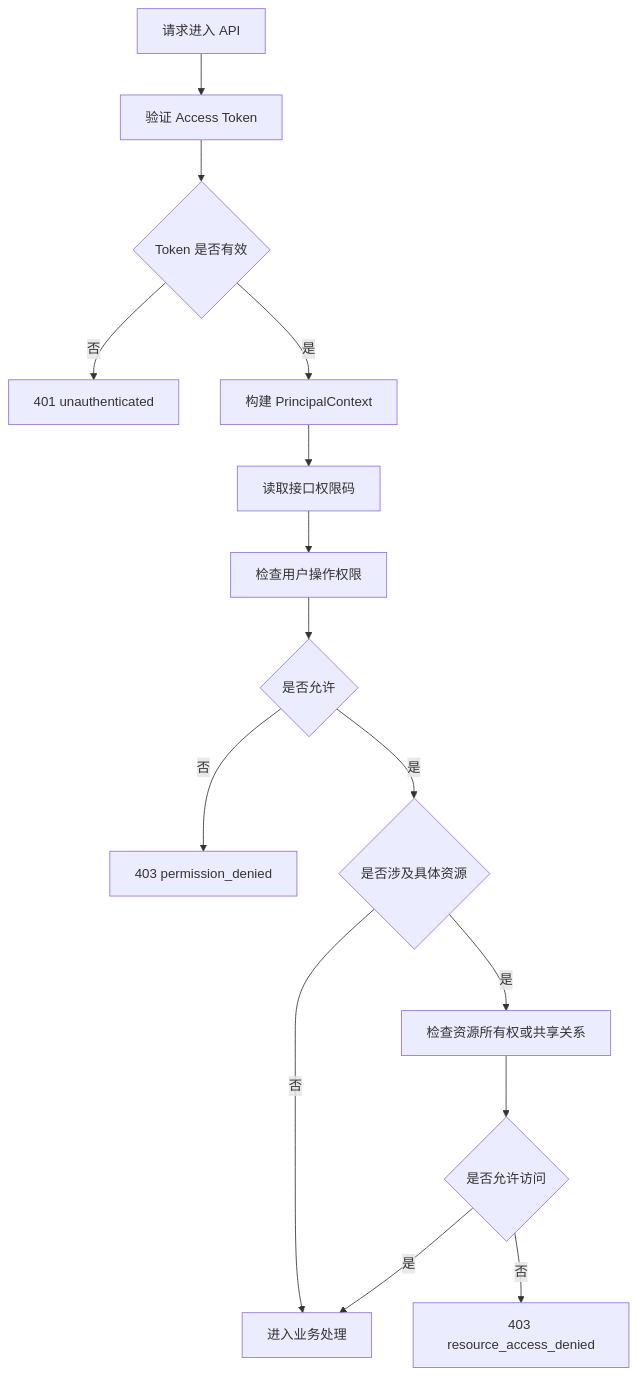
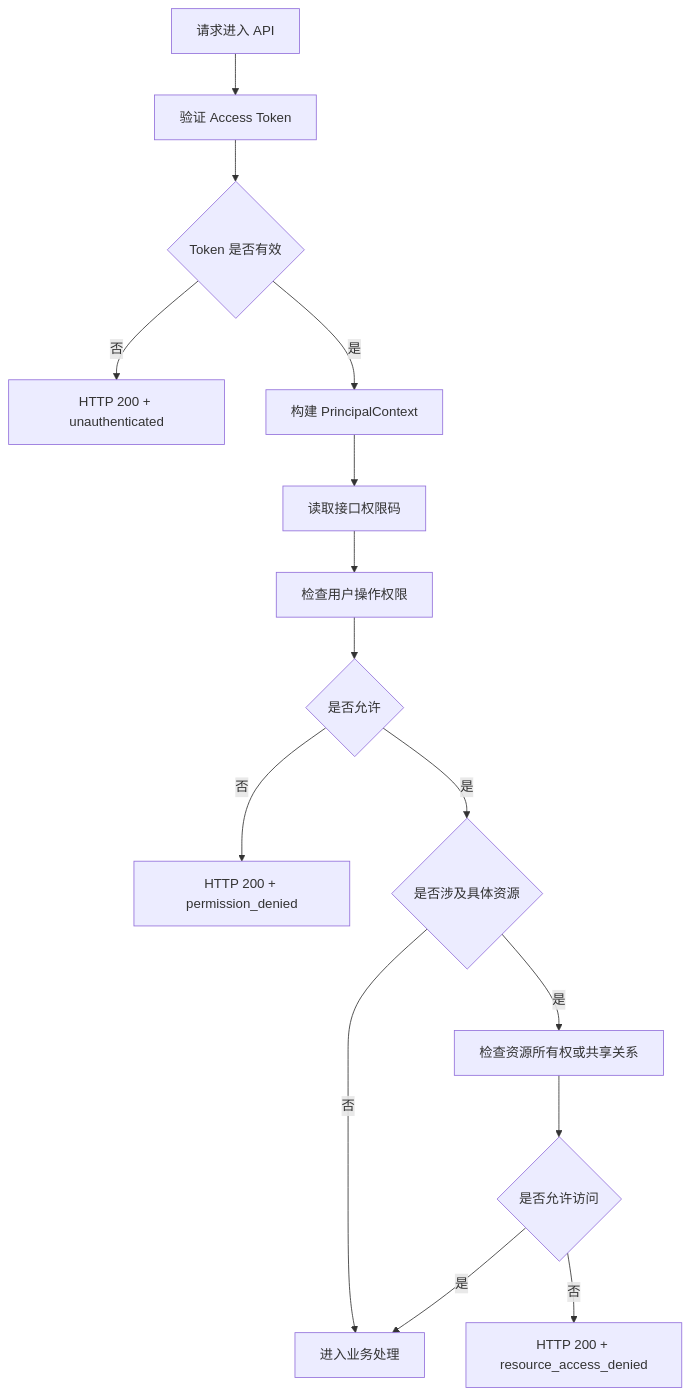
Before and after one commit to wangweihong/omnimam-spec: the eighth of 10 diagrams in 00_product/domains/identity/product-spec.md, drawn with Mermaid. The commit also changed other lines of this file and 12 other files, not shown here.

````diff
--- a/00_product/domains/identity/product-spec.md
+++ b/00_product/domains/identity/product-spec.md
@@ -1084,22 +1170,22 @@
 ```mermaid
 flowchart TD
     A["请求进入 API"] --> B["验证 Access Token"]
     B --> C{"Token 是否有效"}
 
-    C -->|否| D["401 unauthenticated"]
+    C -->|否| D["HTTP 200 + unauthenticated"]
     C -->|是| E["构建 PrincipalContext"]
 
     E --> F["读取接口权限码"]
     F --> G["检查用户操作权限"]
 
     G --> H{"是否允许"}
-    H -->|否| I["403 permission_denied"]
+    H -->|否| I["HTTP 200 + permission_denied"]
 
     H -->|是| J{"是否涉及具体资源"}
     J -->|否| K["进入业务处理"]
 
     J -->|是| L["检查资源所有权或共享关系"]
     L --> M{"是否允许访问"}
-    M -->|否| N["403 resource_access_denied"]
+    M -->|否| N["HTTP 200 + resource_access_denied"]
     M -->|是| K
 ```
````
